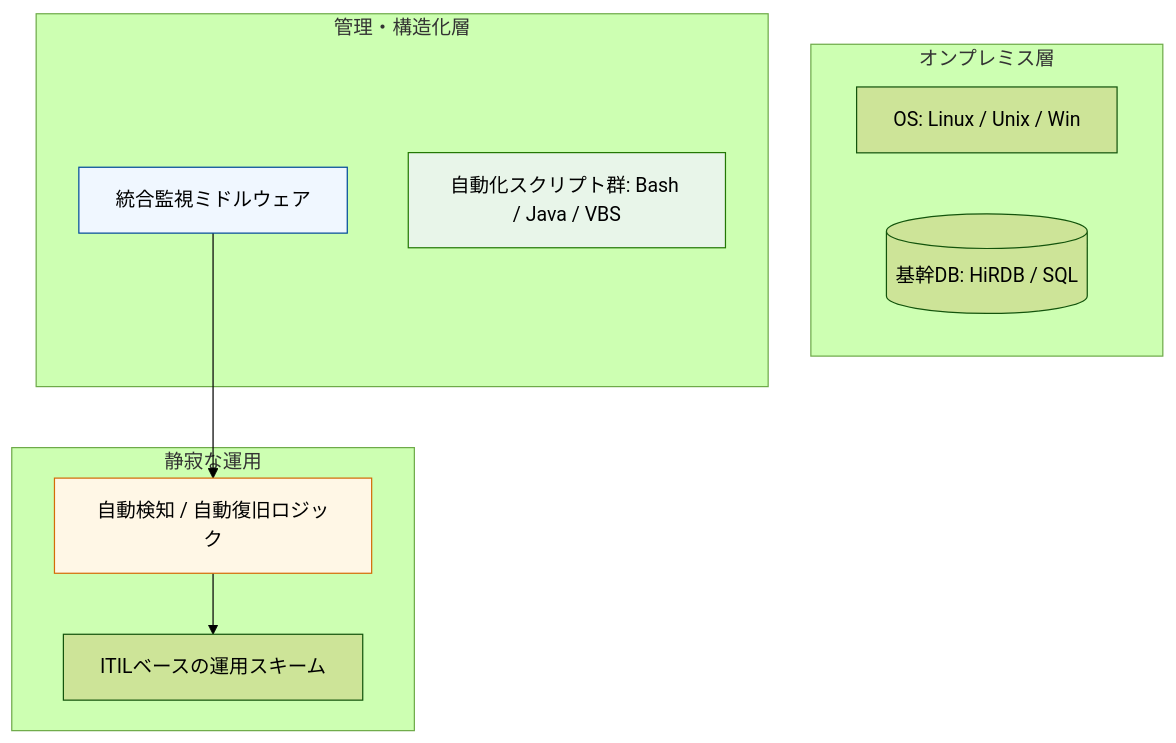
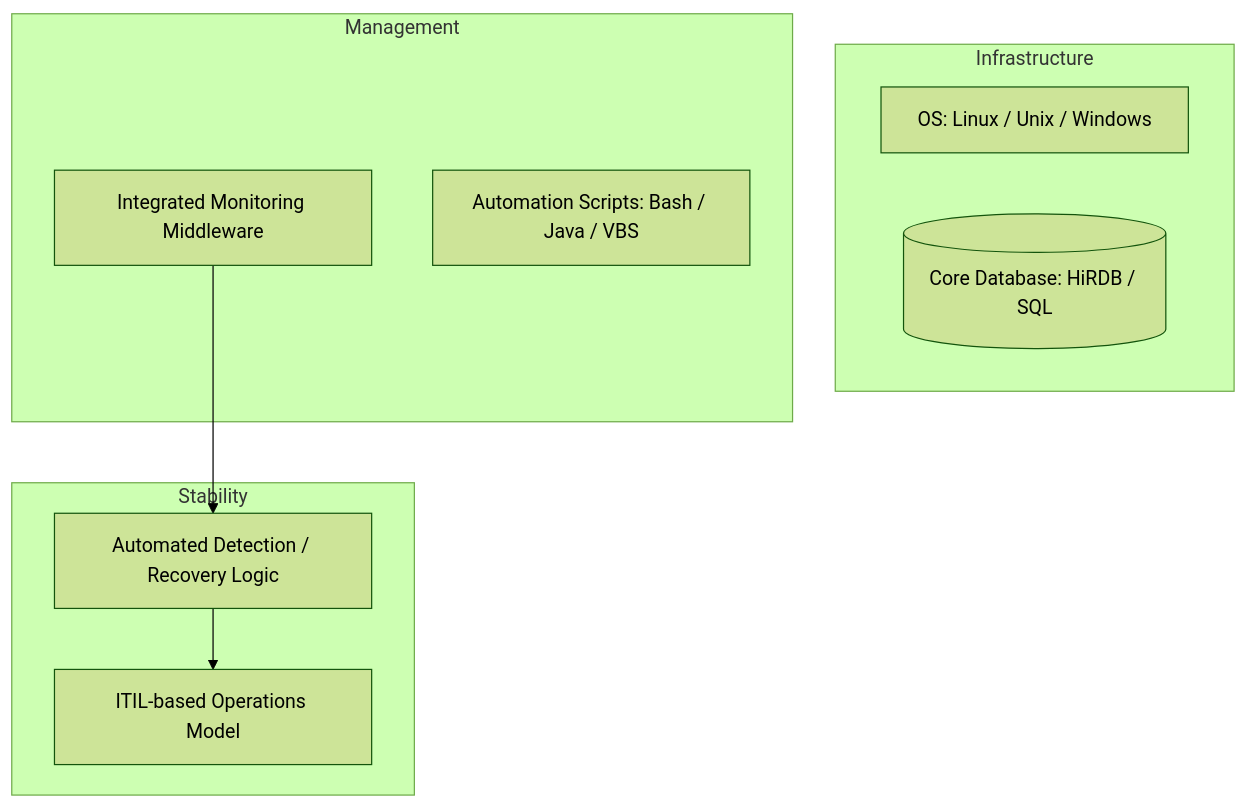
The diagram in 04_PROJECTS/07_mission_critical_monitoring/README.md (conti0513/development_public), drawn with Mermaid (forest theme) before and after one commit. The commit also changed other lines of this file and 27 other files, not shown here.

`````diff
--- a/04_PROJECTS/07_mission_critical_monitoring/README.md
+++ b/04_PROJECTS/07_mission_critical_monitoring/README.md
@@ -13,22 +93,17 @@
 ```mermaid
 graph TD
-    subgraph Infrastructure [オンプレミス層]
-        OS[OS: Linux / Unix / Win]
-        DB[(基幹DB: HiRDB / SQL)]
+    subgraph Infrastructure
+        OS[OS: Linux / Unix / Windows]
+        DB[(Core Database: HiRDB / SQL)]
     end
 
-    subgraph Management [管理・構造化層]
-        MW[統合監視ミドルウェア]
-        Script[自動化スクリプト群: Bash / Java / VBS]
+    subgraph Management
+        MW[Integrated Monitoring Middleware]
+        Script[Automation Scripts: Bash / Java / VBS]
     end
 
-    subgraph Stability [静寂な運用]
-        MW --> Logic[自動検知 / 自動復旧ロジック]
-        Logic --> Ops[ITILベースの運用スキーム]
+    subgraph Stability
+        MW --> Logic[Automated Detection / Recovery Logic]
+        Logic --> Ops[ITIL-based Operations Model]
     end
-
-    style MW fill:#f0f7ff,stroke:#004a99,stroke-width:1px
-    style Script fill:#e8f5e9,stroke:#237804,stroke-width:1px
-    style Logic fill:#fff7e6,stroke:#d46b08,stroke-width:1px
-
-```
+````
`````
